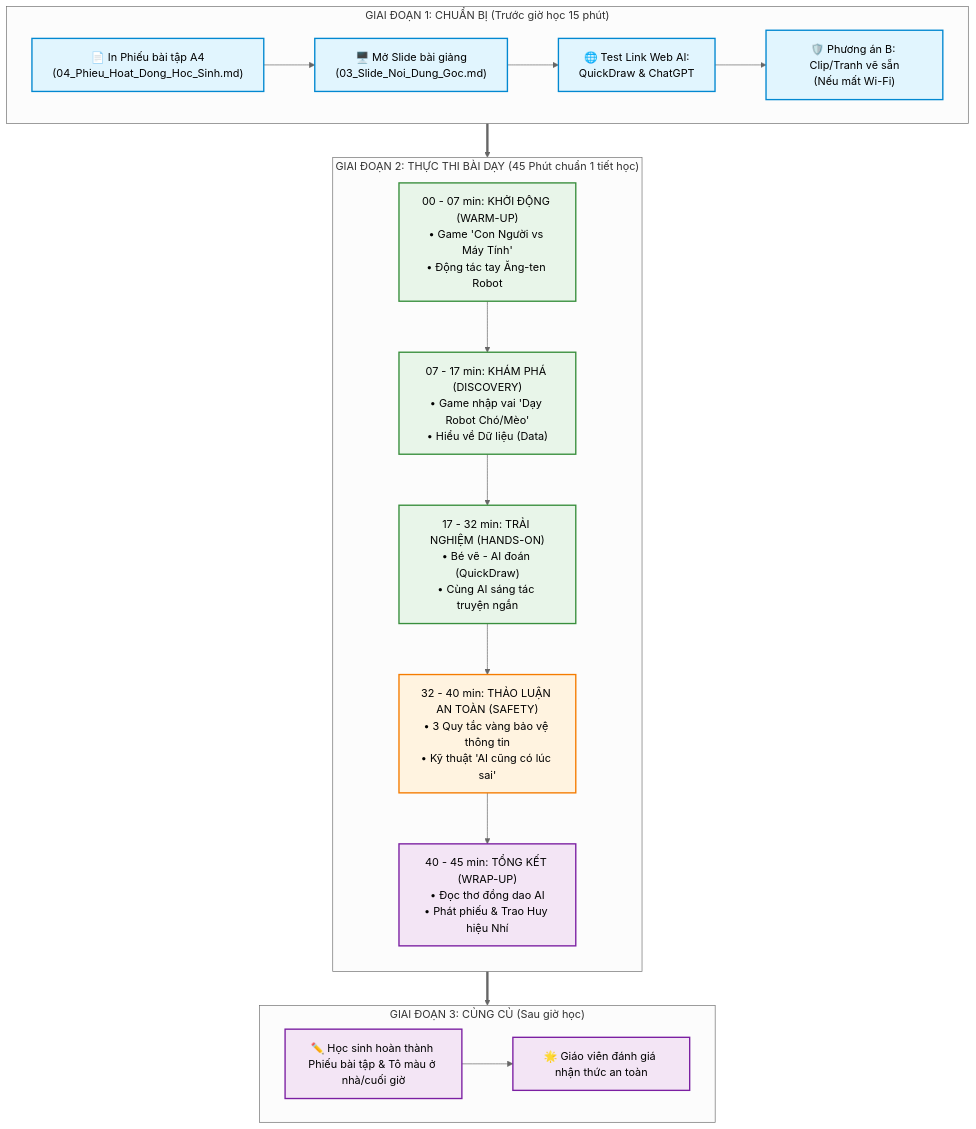
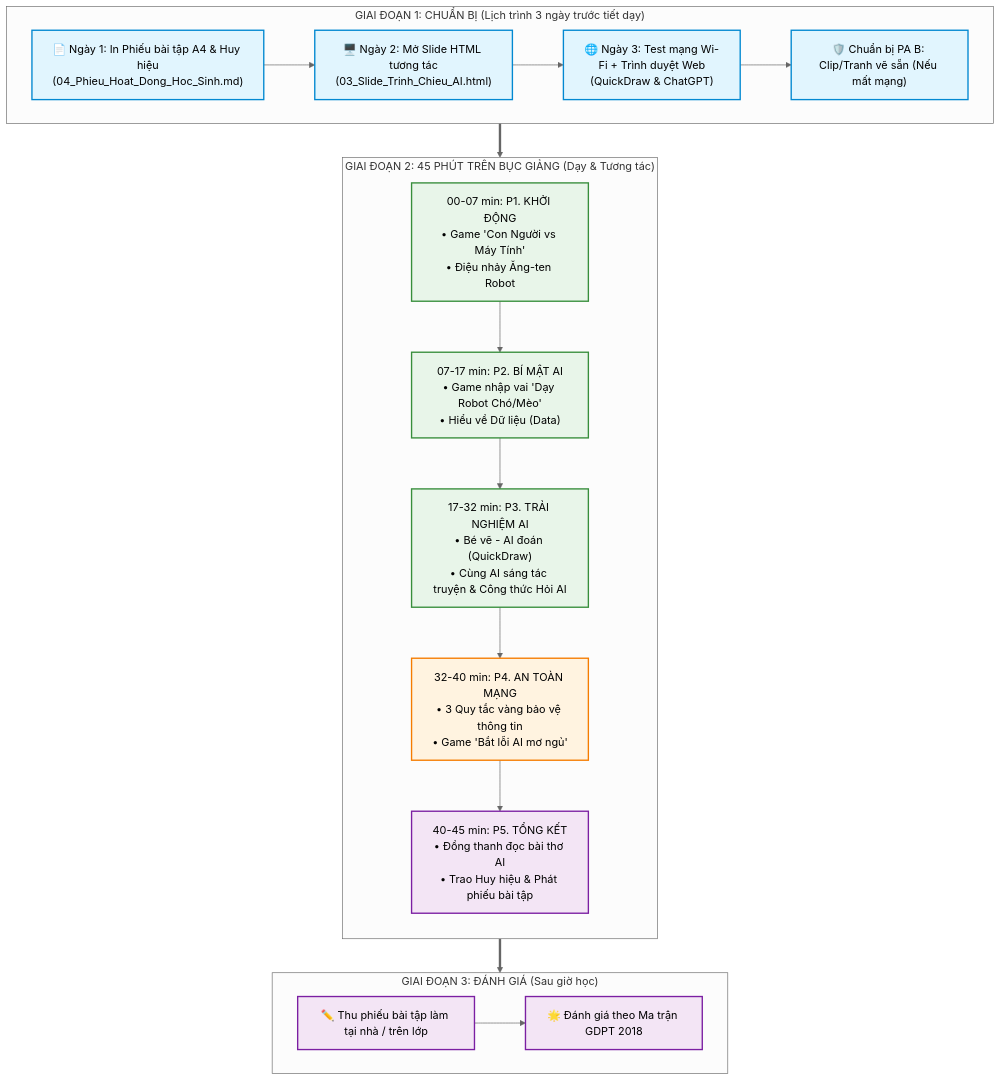
The diagram in 01_So_Do_Chien_Luoc_Bai_Giang.md (tranvanlong1999/AI), drawn with Mermaid (neutral theme) before and after one commit. The commit also changed other lines of this file and 1 other file, not shown here.

Commit message:
Enrich master plan with visual flow menu, 3-day timeline, and 3-step kids prompt formula

````diff
--- a/01_So_Do_Chien_Luoc_Bai_Giang.md
+++ b/01_So_Do_Chien_Luoc_Bai_Giang.md
@@ -9,35 +42,35 @@
 ```mermaid
 flowchart TD
     classDef prep fill:#e1f5fe,stroke:#0288d1,stroke-width:2px;
     classDef teach fill:#e8f5e9,stroke:#388e3c,stroke-width:2px;
     classDef safe fill:#fff3e0,stroke:#f57c00,stroke-width:2px;
     classDef eval fill:#f3e5f5,stroke:#7b1fa2,stroke-width:2px;
 
-    subgraph PHASE1 ["GIAI ĐOẠN 1: CHUẨN BỊ (Trước giờ học 15 phút)"]
-        P1["📄 In Phiếu bài tập A4\n(04_Phieu_Hoat_Dong_Hoc_Sinh.md)"]:::prep
-        P2["🖥️ Mở Slide bài giảng\n(03_Slide_Noi_Dung_Goc.md)"]:::prep
-        P3["🌐 Test Link Web AI:\nQuickDraw & ChatGPT"]:::prep
-        P4["🛡️ Phương án B: Clip/Tranh vẽ sẵn\n(Nếu mất Wi-Fi)"]:::prep
+    subgraph PHASE1 ["GIAI ĐOẠN 1: CHUẨN BỊ (Lịch trình 3 ngày trước tiết dạy)"]
+        P1["📄 Ngày 1: In Phiếu bài tập A4 & Huy hiệu\n(04_Phieu_Hoat_Dong_Hoc_Sinh.md)"]:::prep
+        P2["🖥️ Ngày 2: Mở Slide HTML tương tác\n(03_Slide_Trinh_Chieu_AI.html)"]:::prep
+        P3["🌐 Ngày 3: Test mạng Wi-Fi + Trình duyệt Web\n(QuickDraw & ChatGPT)"]:::prep
+        P4["🛡️ Chuẩn bị PA B: Clip/Tranh vẽ sẵn (Nếu mất mạng)"]:::prep
         P1 --> P2 --> P3 --> P4
     end
 
-    subgraph PHASE2 ["GIAI ĐOẠN 2: THỰC THI BÀI DẠY (45 Phút chuẩn 1 tiết học)"]
+    subgraph PHASE2 ["GIAI ĐOẠN 2: 45 PHÚT TRÊN BỤC GIẢNG (Dạy & Tương tác)"]
         direction TB
-        T1["00 - 07 min: KHỞI ĐỘNG (WARM-UP)\n• Game 'Con Người vs Máy Tính'\n• Động tác tay Ăng-ten Robot"]:::teach
-        T2["07 - 17 min: KHÁM PHÁ (DISCOVERY)\n• Game nhập vai 'Dạy Robot Chó/Mèo'\n• Hiểu về Dữ liệu (Data)"]:::teach
-        T3["17 - 32 min: TRẢI NGHIỆM (HANDS-ON)\n• Bé vẽ - AI đoán (QuickDraw)\n• Cùng AI sáng tác truyện ngắn"]:::teach
-        T4["32 - 40 min: THẢO LUẬN AN TOÀN (SAFETY)\n• 3 Quy tắc vàng bảo vệ thông tin\n• Kỹ thuật 'AI cũng có lúc sai'"]:::safe
-        T5["40 - 45 min: TỔNG KẾT (WRAP-UP)\n• Đọc thơ đồng dao AI\n• Phát phiếu & Trao Huy hiệu Nhí"]:::eval
+        T1["00-07 min: P1. KHỞI ĐỘNG\n• Game 'Con Người vs Máy Tính'\n• Điệu nhảy Ăng-ten Robot"]:::teach
+        T2["07-17 min: P2. BÍ MẬT AI\n• Game nhập vai 'Dạy Robot Chó/Mèo'\n• Hiểu về Dữ liệu (Data)"]:::teach
+        T3["17-32 min: P3. TRẢI NGHIỆM AI\n• Bé vẽ - AI đoán (QuickDraw)\n• Cùng AI sáng tác truyện & Công thức Hỏi AI"]:::teach
+        T4["32-40 min: P4. AN TOÀN MẠNG\n• 3 Quy tắc vàng bảo vệ thông tin\n• Game 'Bắt lỗi AI mơ ngủ'"]:::safe
+        T5["40-45 min: P5. TỔNG KẾT\n• Đồng thanh đọc bài thơ AI\n• Trao Huy hiệu & Phát phiếu bài tập"]:::eval
         
         T1 --> T2 --> T3 --> T4 --> T5
     end
 
-    subgraph PHASE3 ["GIAI ĐOẠN 3: CỦNG CỦ (Sau giờ học)"]
-        E1["✏️ Học sinh hoàn thành Phiếu bài tập & Tô màu ở nhà/cuối giờ"]:::eval
-        E2["🌟 Giáo viên đánh giá nhận thức an toàn"]:::eval
+    subgraph PHASE3 ["GIAI ĐOẠN 3: ĐÁNH GIÁ (Sau giờ học)"]
+        E1["✏️ Thu phiếu bài tập làm tại nhà / trên lớp"]:::eval
+        E2["🌟 Đánh giá theo Ma trận GDPT 2018"]:::eval
         E1 --> E2
     end
 
     PHASE1 ==> PHASE2
     PHASE2 ==> PHASE3
 ```
````
